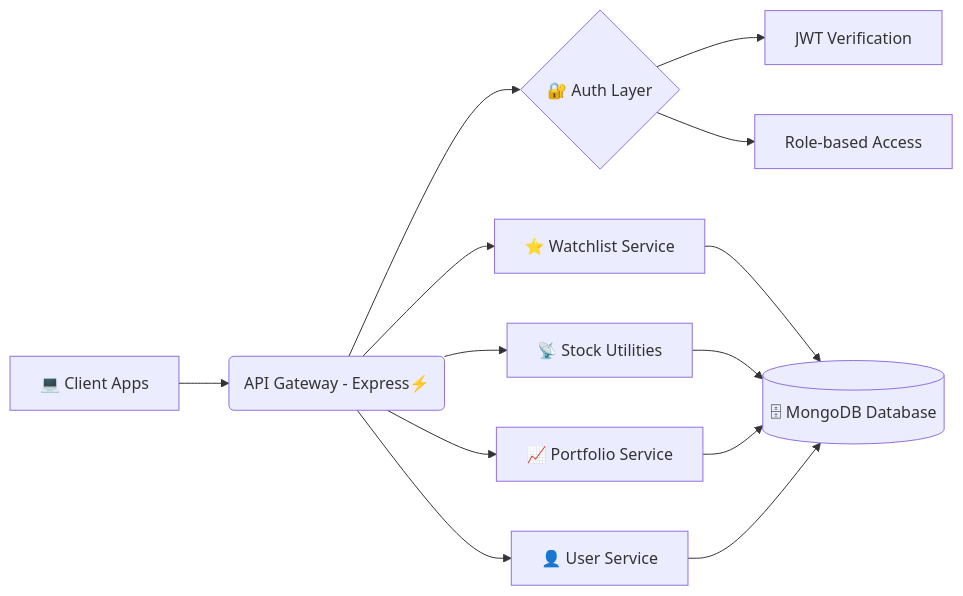
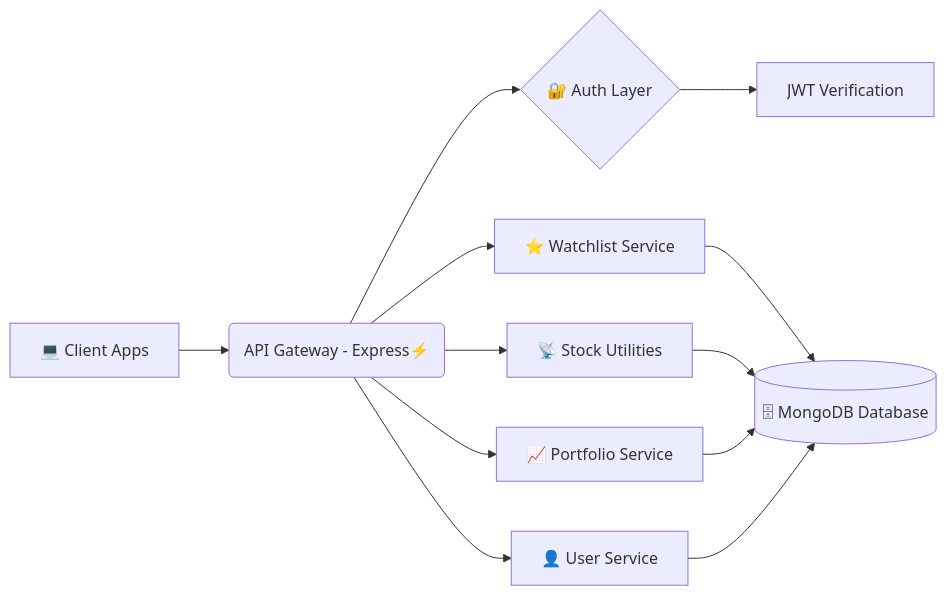
Before and after one commit to Maanas52130/stocksaga-backend: the diagram in README.md, drawn with Mermaid.

````diff
--- a/README.md
+++ b/README.md
@@ -79,17 +79,16 @@
 ```mermaid
 graph LR
     A[💻 Client Apps] --> B(API Gateway - Express⚡)
     B --> C{🔐 Auth Layer}
     C --> C1[JWT Verification]
-    C --> C2[Role-based Access]
 
     B --> D[👤 User Service]
     B --> E[📈 Portfolio Service]
     B --> F[📡 Stock Utilities]
     B --> G[⭐ Watchlist Service]
 
     G --> H[(🗄 MongoDB Database)]
     F --> H
     E --> H
     D --> H
 ```
````
